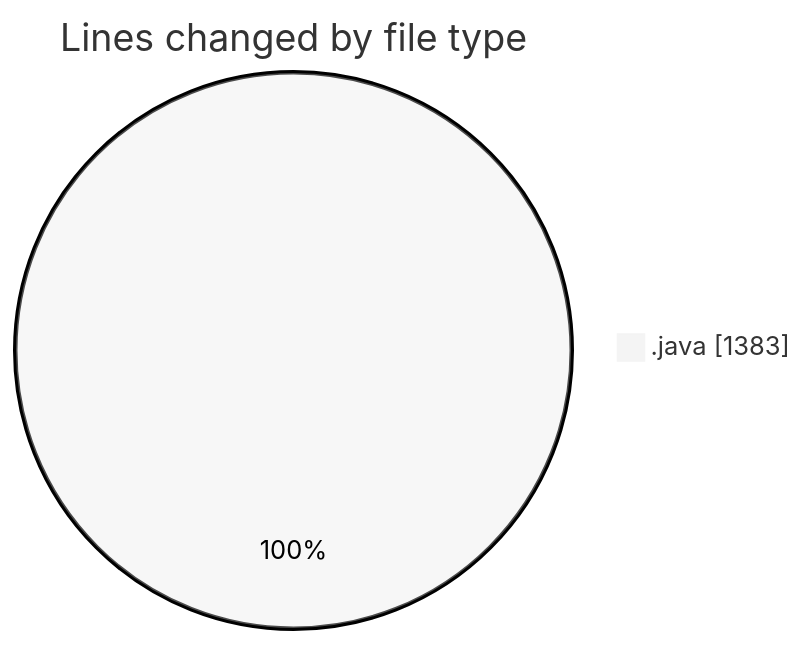
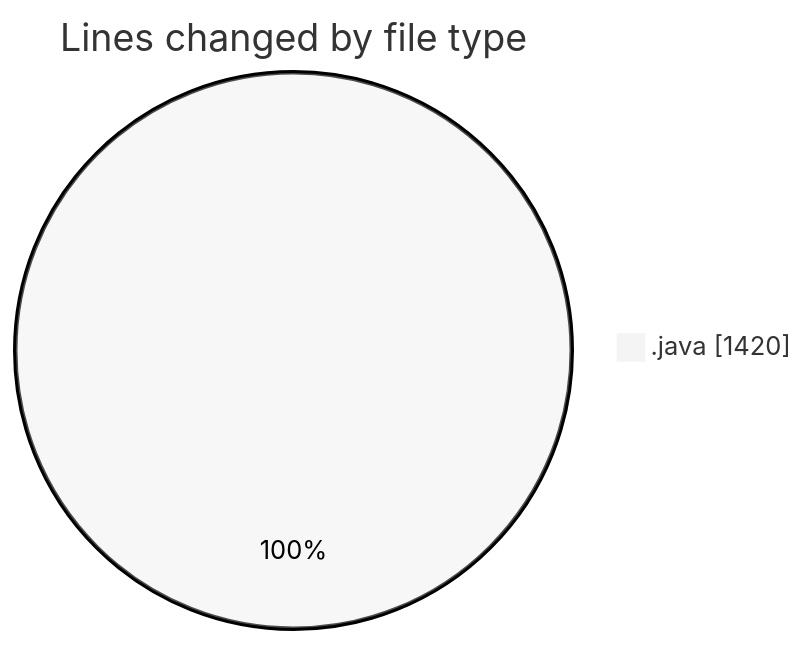
Before and after one commit to ricardozamudiocil/code-tracking: the first of 2 diagrams in 2026-03-16/cilofertascomerciales/README.md, drawn with Mermaid (neutral theme). The commit also changed other lines of this file and 1 other file, not shown here.

````diff
--- a/2026-03-16/cilofertascomerciales/README.md
+++ b/2026-03-16/cilofertascomerciales/README.md
@@ -22,5 +23,5 @@
 ```mermaid
 pie showData
 title Lines changed by file type
-".java" : 1383
+".java" : 1420
 ```
````
